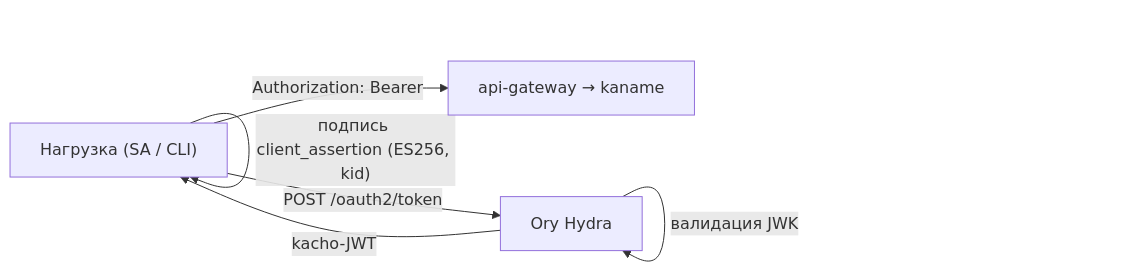
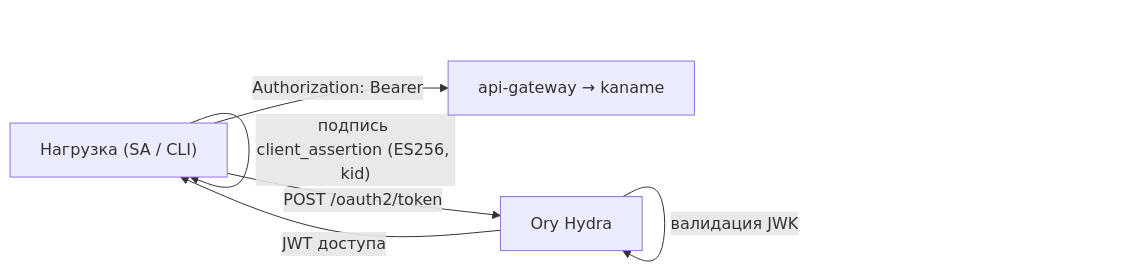
Before and after one commit to PRO-Robotech/kacho: the second of 2 diagrams in services/iam/docs/content/architecture/identity.mdx, drawn with Mermaid. The commit also changed other lines of this file and 90 other files, not shown here.

````diff
--- a/services/iam/docs/content/architecture/identity.mdx
+++ b/services/iam/docs/content/architecture/identity.mdx
@@ -99,8 +99,8 @@
 ```mermaid
 flowchart LR
   wl["Нагрузка (SA / CLI)"] -->|"подпись client_assertion (ES256, kid)"| wl
   wl -->|"POST /oauth2/token"| hydra["Ory Hydra"]
   hydra -->|"валидация JWK"| hydra
-  hydra -->|"kacho-JWT"| wl
+  hydra -->|"JWT доступа"| wl
   wl -->|"Authorization: Bearer"| agw["api-gateway → kaname"]
 ```
````
